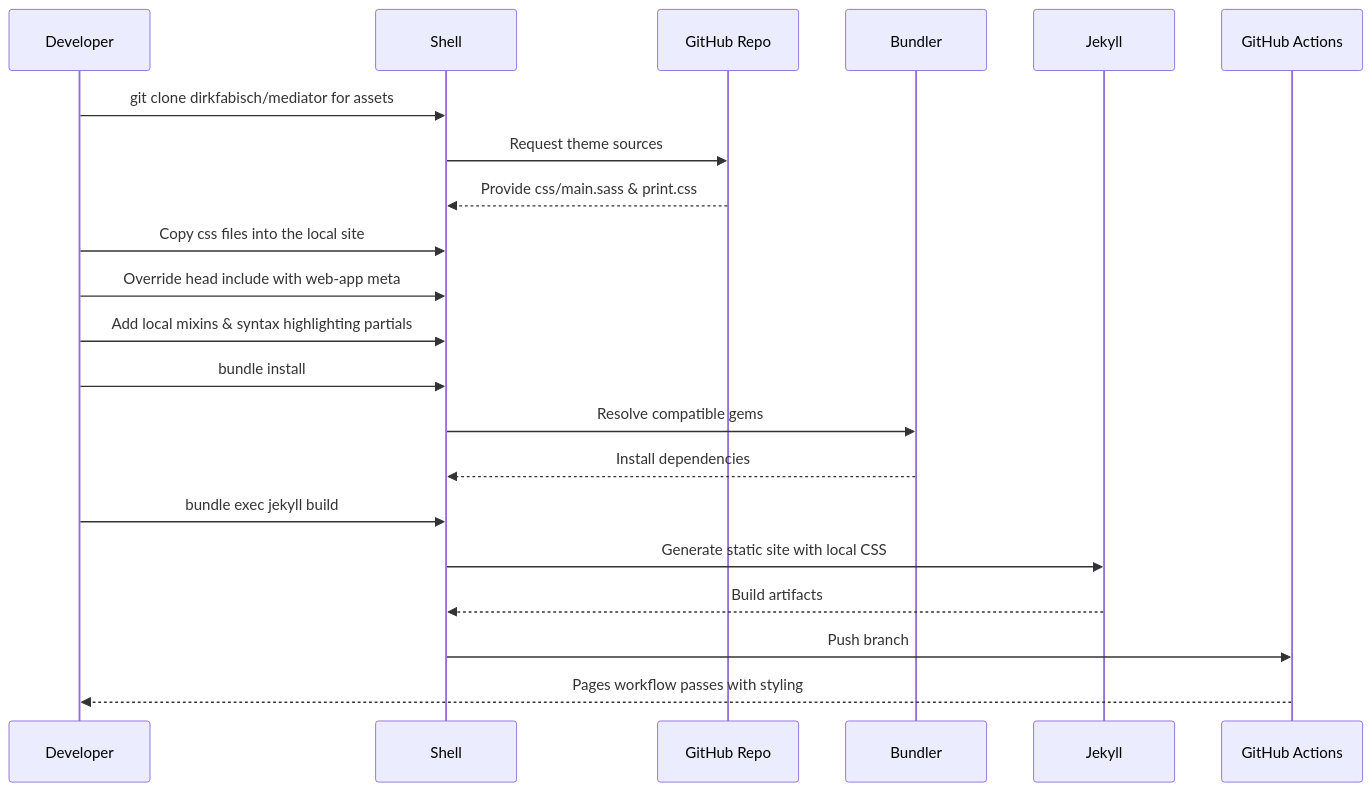
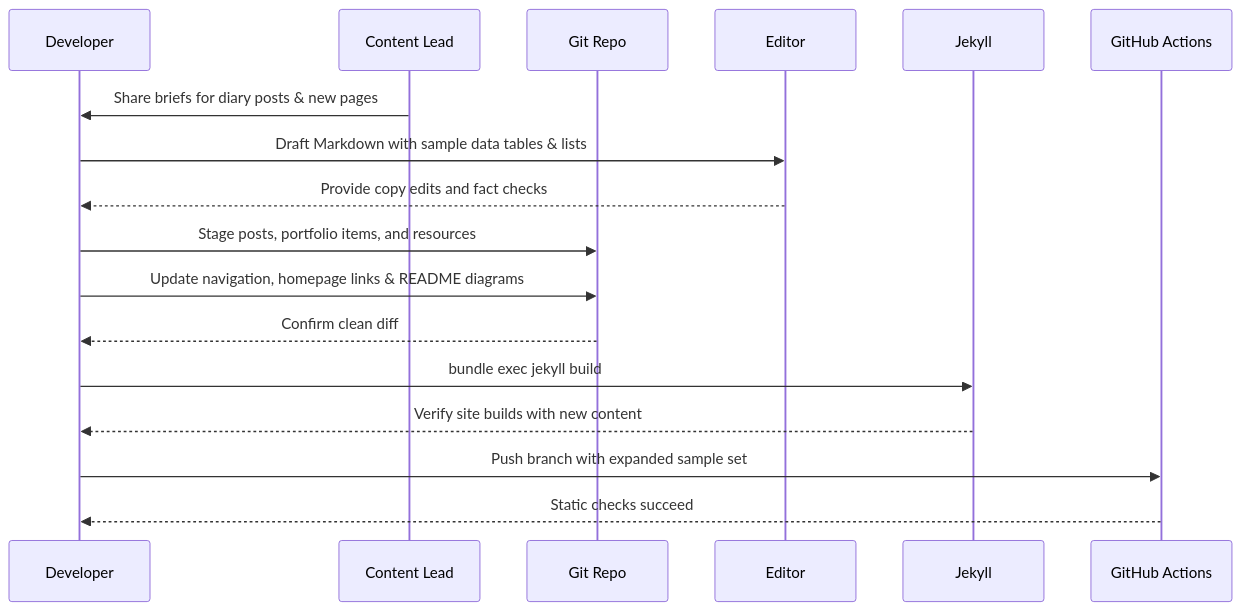
The third of 6 diagrams in README.md (muyueh/Jekyll), drawn with Mermaid before and after one commit. The commit also changed other lines of this file and 16 other files, not shown here.

Commit message:
Link homepage to key content collections

````diff
--- a/README.md
+++ b/README.md
@@ -37,24 +41,20 @@
 ```mermaid
 sequenceDiagram
     participant Dev as Developer
-    participant Shell
-    participant GitHub as GitHub Repo
-    participant Bundler
+    participant Content as Content Lead
+    participant Repo as Git Repo
+    participant Editor
     participant Jekyll
     participant Actions as GitHub Actions
 
-    Dev->>Shell: git clone dirkfabisch/mediator for assets
-    Shell->>GitHub: Request theme sources
-    GitHub-->>Shell: Provide css/main.sass & print.css
-    Dev->>Shell: Copy css files into the local site
-    Dev->>Shell: Override head include with web-app meta
-    Dev->>Shell: Add local mixins & syntax highlighting partials
-    Dev->>Shell: bundle install
-    Shell->>Bundler: Resolve compatible gems
-    Bundler-->>Shell: Install dependencies
-    Dev->>Shell: bundle exec jekyll build
-    Shell->>Jekyll: Generate static site with local CSS
-    Jekyll-->>Shell: Build artifacts
-    Shell->>Actions: Push branch
-    Actions-->>Dev: Pages workflow passes with styling
+    Content->>Dev: Share briefs for diary posts & new pages
+    Dev->>Editor: Draft Markdown with sample data tables & lists
+    Editor-->>Dev: Provide copy edits and fact checks
+    Dev->>Repo: Stage posts, portfolio items, and resources
+    Dev->>Repo: Update navigation, homepage links & README diagrams
+    Repo-->>Dev: Confirm clean diff
+    Dev->>Jekyll: bundle exec jekyll build
+    Jekyll-->>Dev: Verify site builds with new content
+    Dev->>Actions: Push branch with expanded sample set
+    Actions-->>Dev: Static checks succeed
 ```
````
